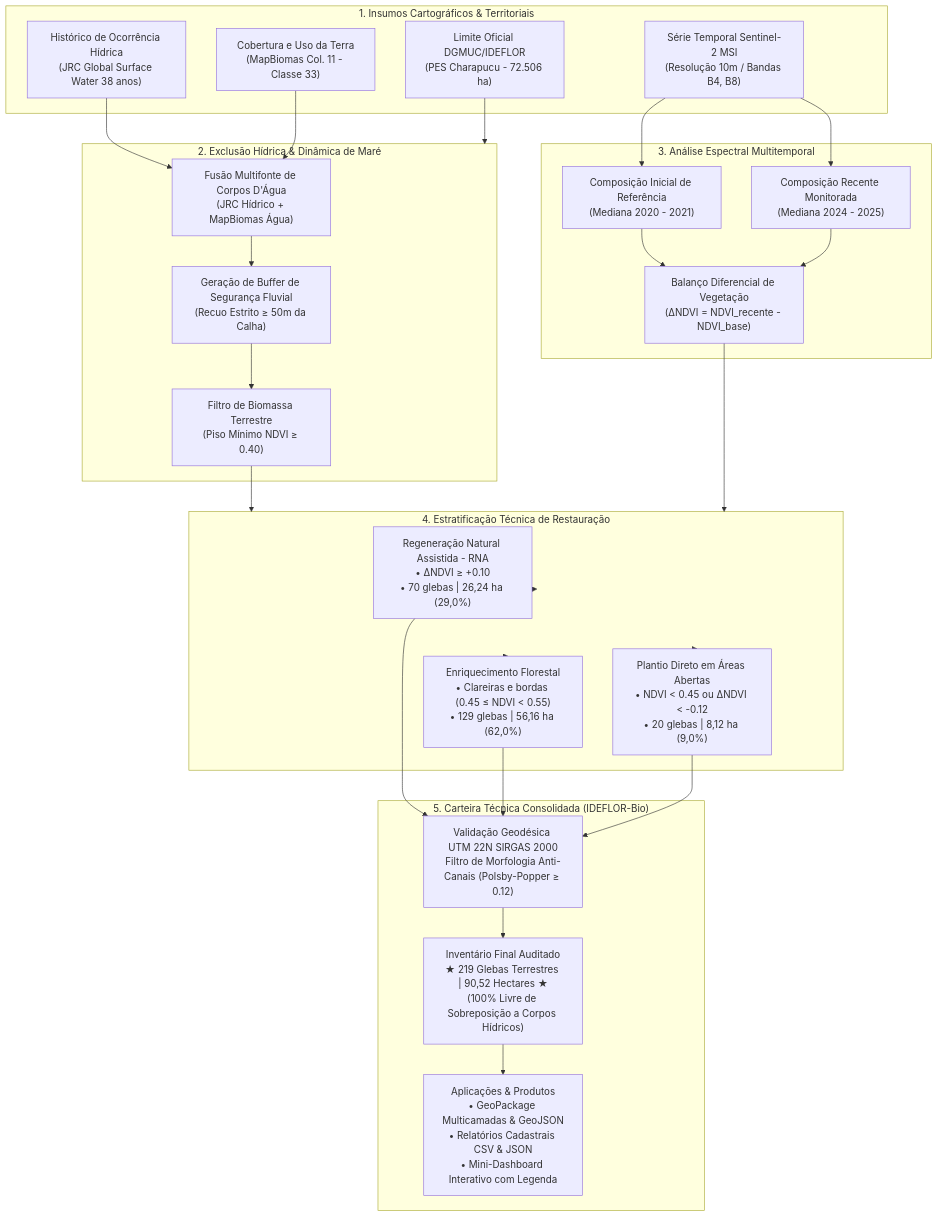
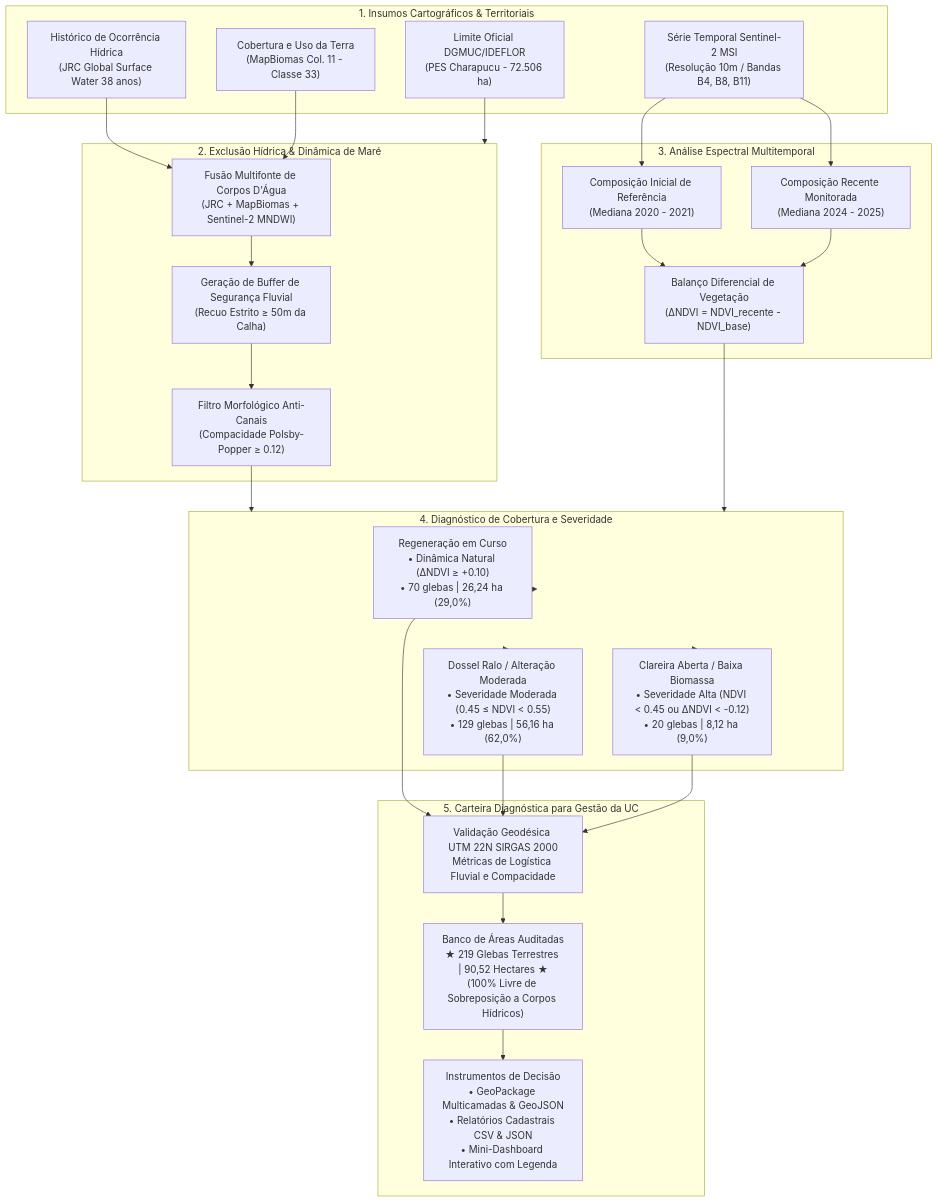
The diagram in README.md (NGEO-IDEFLOR-Bio/restaura-pes-charapucu), drawn with Mermaid before and after one commit. The commit also changed other lines of this file and 13 other files, not shown here.

Commit message:
feat(diagnostico): reestruturar projeto para diagnostico geoespacial e severidade sem prescrever metodos

````diff
--- a/README.md
+++ b/README.md
@@ -52,57 +52,57 @@
 ```mermaid
 flowchart TD
     subgraph INSUMOS["1. Insumos Cartográficos & Territoriais"]
         A1["Limite Oficial DGMUC/IDEFLOR<br/>(PES Charapucu - 72.506 ha)"]
-        A2["Série Temporal Sentinel-2 MSI<br/>(Resolução 10m / Bandas B4, B8)"]
+        A2["Série Temporal Sentinel-2 MSI<br/>(Resolução 10m / Bandas B4, B8, B11)"]
         A3["Histórico de Ocorrência Hídrica<br/>(JRC Global Surface Water 38 anos)"]
         A4["Cobertura e Uso da Terra<br/>(MapBiomas Col. 11 - Classe 33)"]
     end
 
     subgraph PREPROC["2. Exclusão Hídrica & Dinâmica de Maré"]
-        B1["Fusão Multifonte de Corpos D'Água<br/>(JRC Hídrico + MapBiomas Água)"]
+        B1["Fusão Multifonte de Corpos D'Água<br/>(JRC + MapBiomas + Sentinel-2 MNDWI)"]
         B2["Geração de Buffer de Segurança Fluvial<br/>(Recuo Estrito ≥ 50m da Calha)"]
-        B3["Filtro de Biomassa Terrestre<br/>(Piso Mínimo NDVI ≥ 0.40)"]
+        B3["Filtro Morfológico Anti-Canais<br/>(Compacidade Polsby-Popper ≥ 0.12)"]
     end
 
     subgraph ESPECTRAL["3. Análise Espectral Multitemporal"]
         C1["Composição Inicial de Referência<br/>(Mediana 2020 - 2021)"]
         C2["Composição Recente Monitorada<br/>(Mediana 2024 - 2025)"]
         C3["Balanço Diferencial de Vegetação<br/>(ΔNDVI = NDVI_recente - NDVI_base)"]
     end
 
-    subgraph ESTRATIFICACAO["4. Estratificação Técnica de Restauração"]
-        D1["Regeneração Natural Assistida - RNA<br/>• ΔNDVI ≥ +0.10<br/>• 70 glebas | 26,24 ha (29,0%)"]
-        D2["Enriquecimento Florestal<br/>• Clareiras e bordas (0.45 ≤ NDVI < 0.55)<br/>• 129 glebas | 56,16 ha (62,0%)"]
-        D3["Plantio Direto em Áreas Abertas<br/>• NDVI < 0.45 ou ΔNDVI < -0.12<br/>• 20 glebas | 8,12 ha (9,0%)"]
+    subgraph DIAGNOSTICO["4. Diagnóstico de Cobertura e Severidade"]
+        D1["Regeneração em Curso<br/>• Dinâmica Natural (ΔNDVI ≥ +0.10)<br/>• 70 glebas | 26,24 ha (29,0%)"]
+        D2["Dossel Ralo / Alteração Moderada<br/>• Severidade Moderada (0.45 ≤ NDVI < 0.55)<br/>• 129 glebas | 56,16 ha (62,0%)"]
+        D3["Clareira Aberta / Baixa Biomassa<br/>• Severidade Alta (NDVI < 0.45 ou ΔNDVI < -0.12)<br/>• 20 glebas | 8,12 ha (9,0%)"]
     end
 
-    subgraph CARTEIRA["5. Carteira Técnica Consolidada (IDEFLOR-Bio)"]
-        E1["Validação Geodésica UTM 22N SIRGAS 2000<br/>Filtro de Morfologia Anti-Canais (Polsby-Popper ≥ 0.12)"]
-        E2["Inventário Final Auditado<br/>★ 219 Glebas Terrestres | 90,52 Hectares ★<br/>(100% Livre de Sobreposição a Corpos Hídricos)"]
-        E3["Aplicações & Produtos<br/>• GeoPackage Multicamadas & GeoJSON<br/>• Relatórios Cadastrais CSV & JSON<br/>• Mini-Dashboard Interativo com Legenda"]
+    subgraph CARTEIRA["5. Carteira Diagnóstica para Gestão da UC"]
+        E1["Validação Geodésica UTM 22N SIRGAS 2000<br/>Métricas de Logística Fluvial e Compacidade"]
+        E2["Banco de Áreas Auditadas<br/>★ 219 Glebas Terrestres | 90,52 Hectares ★<br/>(100% Livre de Sobreposição a Corpos Hídricos)"]
+        E3["Instrumentos de Decisão<br/>• GeoPackage Multicamadas & GeoJSON<br/>• Relatórios Cadastrais CSV & JSON<br/>• Mini-Dashboard Interativo com Legenda"]
     end
 
     A1 --> PREPROC
     A3 --> B1
     A4 --> B1
     B1 --> B2
     B2 --> B3
 
     A2 --> C1
     A2 --> C2
     C1 --> C3
     C2 --> C3
 
-    B3 --> ESTRATIFICACAO
-    C3 --> ESTRATIFICACAO
+    B3 --> DIAGNOSTICO
+    C3 --> DIAGNOSTICO
 
-    ESTRATIFICACAO --> D1
-    ESTRATIFICACAO --> D2
-    ESTRATIFICACAO --> D3
+    DIAGNOSTICO --> D1
+    DIAGNOSTICO --> D2
+    DIAGNOSTICO --> D3
 
     D1 --> E1
     D2 --> E1
     D3 --> E1
     E1 --> E2
     E2 --> E3
 ```
````
